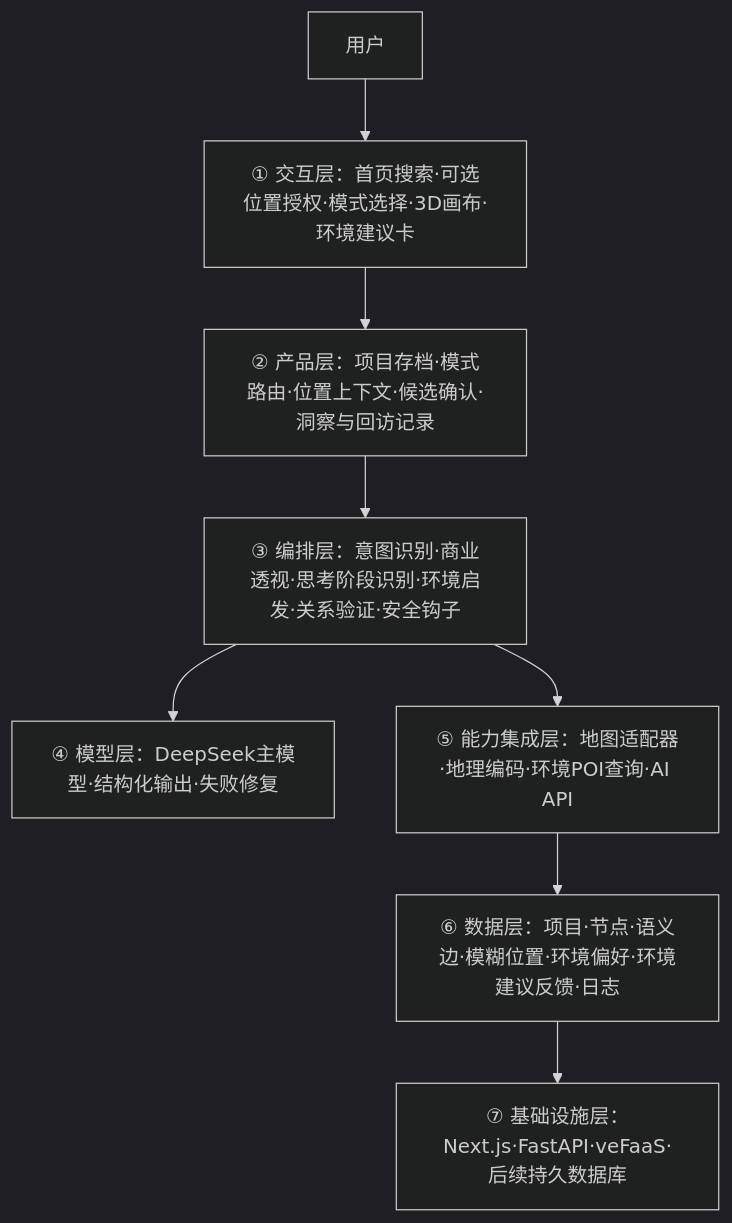
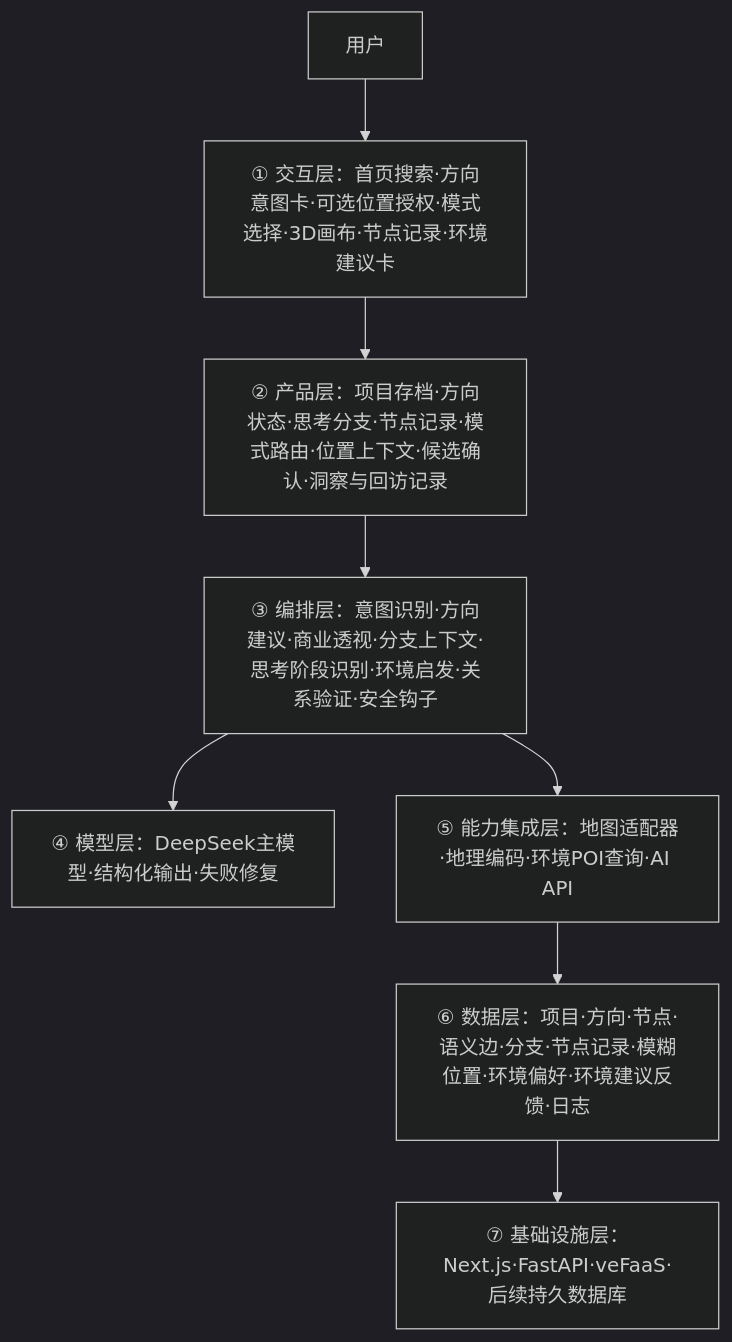
The diagram in docs/商业透视思维空间_开发方案_v0.1.md (ChouchouPareto/grokking-nao), drawn with Mermaid (dark theme) before and after one commit. The commit also changed other lines of this file, not shown here.

Commit message:
方案：加入方向意图、思考分支与节点记录

````diff
--- a/docs/商业透视思维空间_开发方案_v0.1.md
+++ b/docs/商业透视思维空间_开发方案_v0.1.md
@@ -187,10 +250,10 @@
 ```mermaid
 flowchart TD
-  U[用户] --> L1[① 交互层：首页搜索·可选位置授权·模式选择·3D画布·环境建议卡]
-  L1 --> L2[② 产品层：项目存档·模式路由·位置上下文·候选确认·洞察与回访记录]
-  L2 --> L3[③ 编排层：意图识别·商业透视·思考阶段识别·环境启发·关系验证·安全钩子]
+  U[用户] --> L1[① 交互层：首页搜索·方向意图卡·可选位置授权·模式选择·3D画布·节点记录·环境建议卡]
+  L1 --> L2[② 产品层：项目存档·方向状态·思考分支·节点记录·模式路由·位置上下文·候选确认·洞察与回访记录]
+  L2 --> L3[③ 编排层：意图识别·方向建议·商业透视·分支上下文·思考阶段识别·环境启发·关系验证·安全钩子]
   L3 --> L4[④ 模型层：DeepSeek主模型·结构化输出·失败修复]
   L3 --> L5[⑤ 能力集成层：地图适配器·地理编码·环境POI查询·AI API]
-  L5 --> L6[⑥ 数据层：项目·节点·语义边·模糊位置·环境偏好·环境建议反馈·日志]
+  L5 --> L6[⑥ 数据层：项目·方向·节点·语义边·分支·节点记录·模糊位置·环境偏好·环境建议反馈·日志]
   L6 --> L7[⑦ 基础设施层：Next.js·FastAPI·veFaaS·后续持久数据库]
 ```
````
